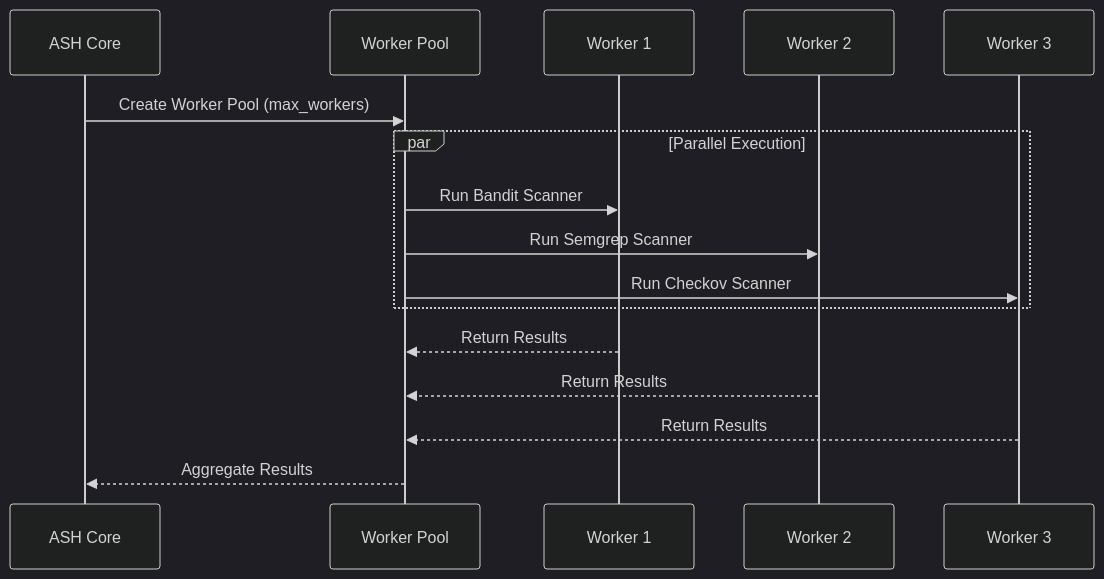
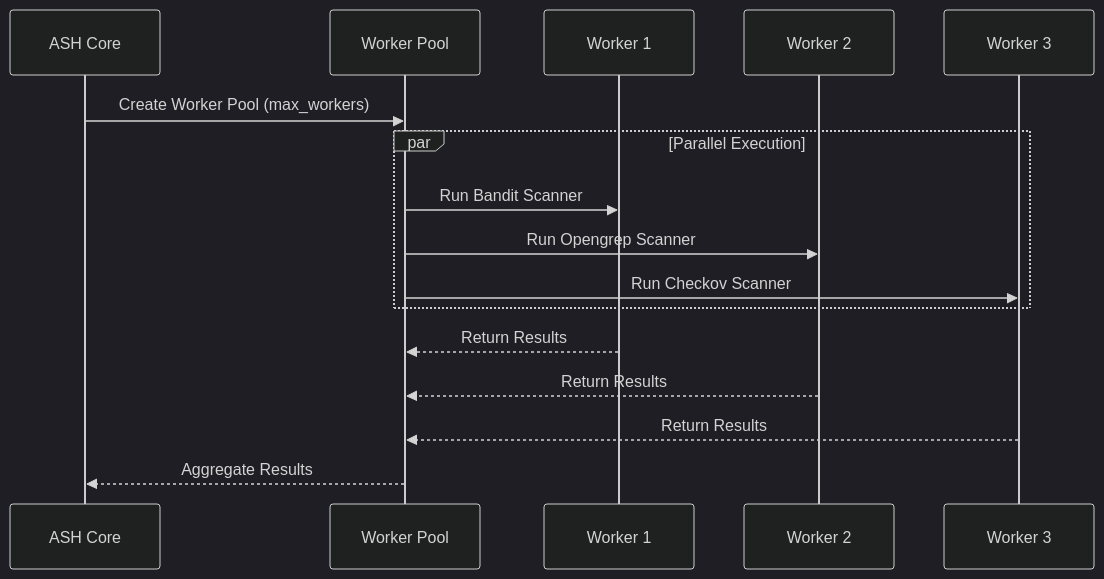
The eighth of 9 diagrams in docs/content/docs/plugins/builtin/scanners-diagrams.md (awslabs/automated-security-helper), drawn with Mermaid (dark theme) before and after one commit. The commit also changed other lines of this file and 74 other files, not shown here.

First line of the commit message:
docs: document semgrep as an alias served by opengrep

````diff
--- a/docs/content/docs/plugins/builtin/scanners-diagrams.md
+++ b/docs/content/docs/plugins/builtin/scanners-diagrams.md
@@ -229,22 +223,22 @@
 ```mermaid
 sequenceDiagram
     participant ASH as ASH Core
     participant WP as Worker Pool
     participant W1 as Worker 1
     participant W2 as Worker 2
     participant W3 as Worker 3
 
     ASH->>WP: Create Worker Pool (max_workers)
 
     par Parallel Execution
         WP->>W1: Run Bandit Scanner
-        WP->>W2: Run Semgrep Scanner
+        WP->>W2: Run Opengrep Scanner
         WP->>W3: Run Checkov Scanner
     end
 
     W1-->>WP: Return Results
     W2-->>WP: Return Results
     W3-->>WP: Return Results
 
     WP-->>ASH: Aggregate Results
 ```
````
